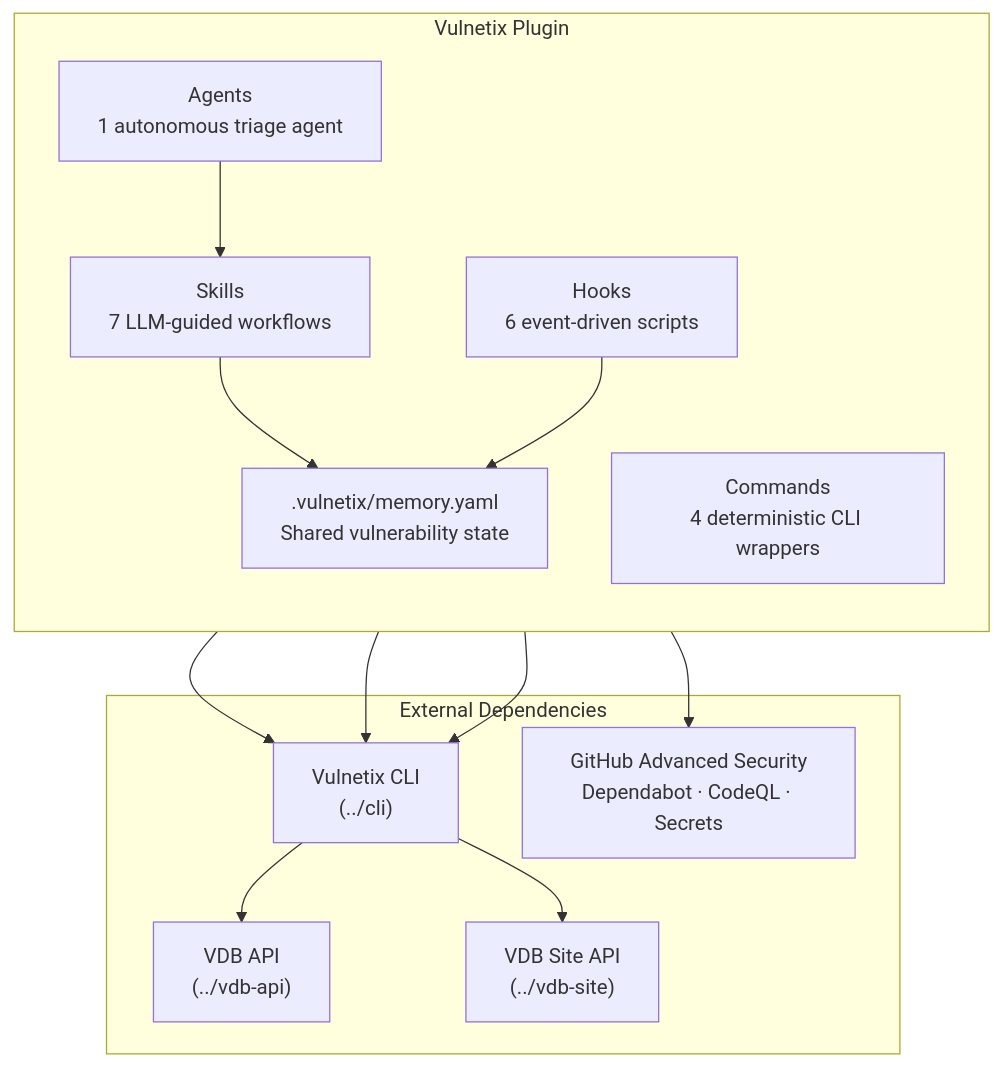
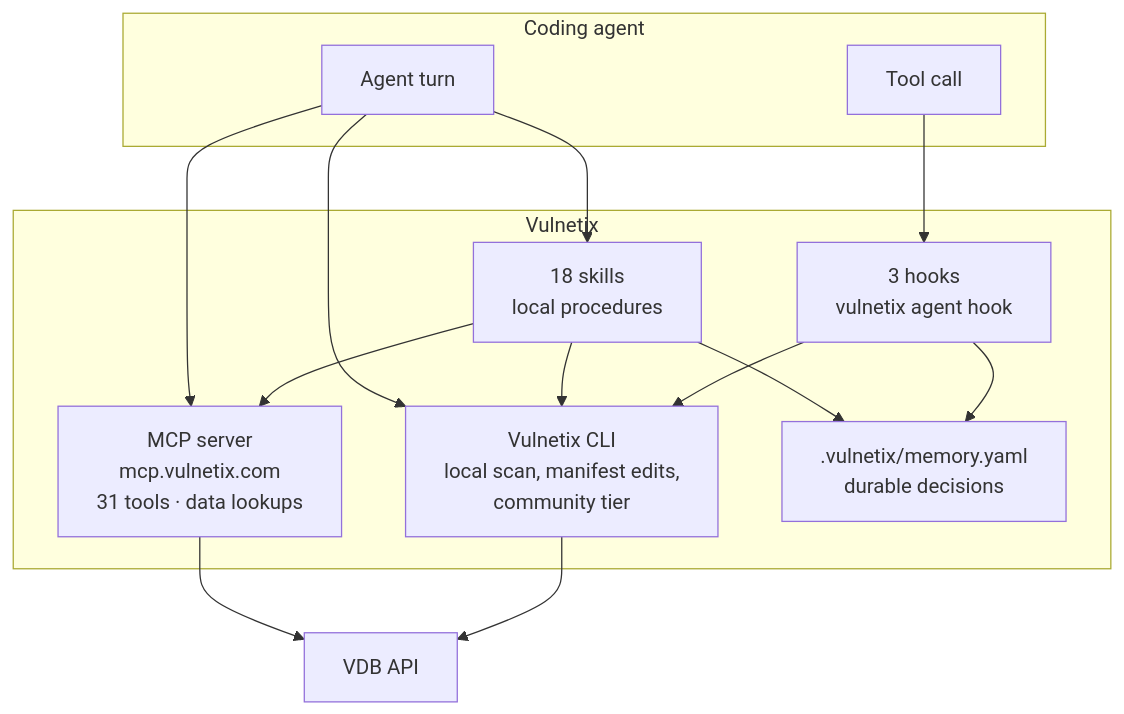
Before and after one commit to Vulnetix/claude-code-plugin: the diagram in _system.md, drawn with Mermaid. The commit also changed other lines of this file and 284 other files, not shown here.

````diff
--- a/_system.md
+++ b/_system.md
@@ -7,29 +13,27 @@
 ```mermaid
 graph TB
-    subgraph "Vulnetix Plugin"
-        direction TB
-        SK[Skills<br/>7 LLM-guided workflows]
-        CMD[Commands<br/>4 deterministic CLI wrappers]
-        HK[Hooks<br/>6 event-driven scripts]
-        AG[Agents<br/>1 autonomous triage agent]
-        MEM[".vulnetix/memory.yaml<br/>Shared vulnerability state"]
+    subgraph agent["Coding agent"]
+        TURN["Agent turn"]
+        CALL["Tool call"]
     end
 
-    subgraph "External Dependencies"
-        CLI["Vulnetix CLI<br/>(../cli)"]
-        API["VDB API<br/>(../vdb-api)"]
-        SITE["VDB Site API<br/>(../vdb-site)"]
-        GH["GitHub Advanced Security<br/>Dependabot · CodeQL · Secrets"]
+    subgraph vulnetix["Vulnetix"]
+        MCP["MCP server<br/>mcp.vulnetix.com<br/>31 tools · data lookups"]
+        CLI["Vulnetix CLI<br/>local scan, manifest edits,<br/>community tier"]
+        SK["18 skills<br/>local procedures"]
+        HK["3 hooks<br/>vulnetix agent hook"]
+        MEM[".vulnetix/memory.yaml<br/>durable decisions"]
     end
 
+    TURN --> MCP
+    TURN --> CLI
+    TURN --> SK
+    CALL --> HK
+    SK --> MCP
+    SK --> CLI
+    HK --> CLI
     SK --> MEM
     HK --> MEM
-    AG --> SK
-
-    SK --> CLI
-    CMD --> CLI
-    HK --> CLI
+    MCP --> API["VDB API"]
     CLI --> API
-    CLI --> SITE
-    SK --> GH
 ```
````
